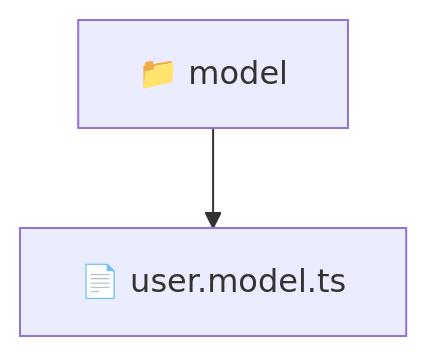
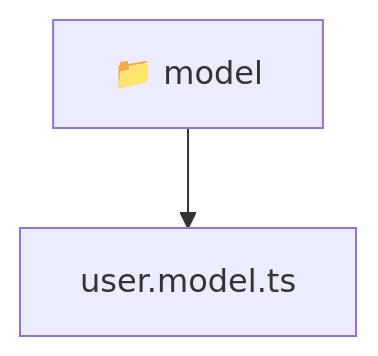
The diagram in frontend/src/entities/user/model/README.md (beginwebdev2002/fullstack-mavluda), drawn with Mermaid before and after one commit. The commit also changed other lines of this file and 167 other files, not shown here.

````diff
--- a/frontend/src/entities/user/model/README.md
+++ b/frontend/src/entities/user/model/README.md
@@ -11,5 +11,6 @@
 ```mermaid
 graph TD
-  Root["📁 model"]
-  Root --> user_model_ts["📄 user.model.ts"]
+  Root_model["📁 model"]
+  f_user_model_ts["user.model.ts"]
+  Root_model --> f_user_model_ts
 ```
````
